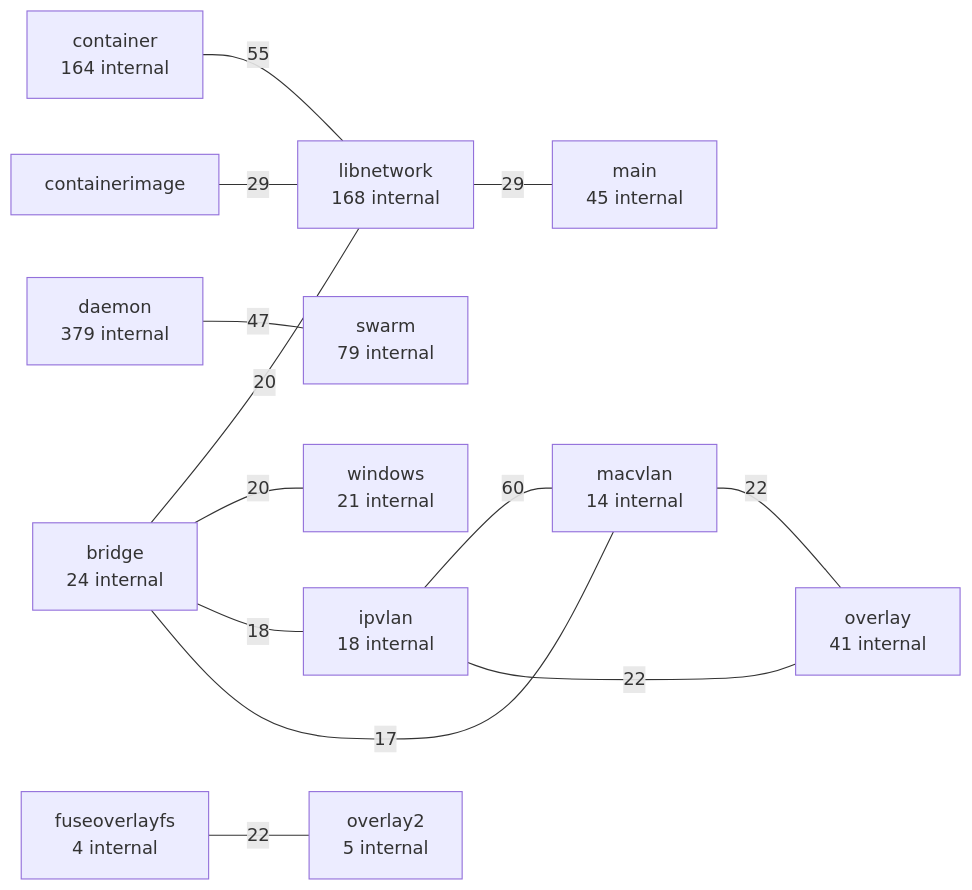
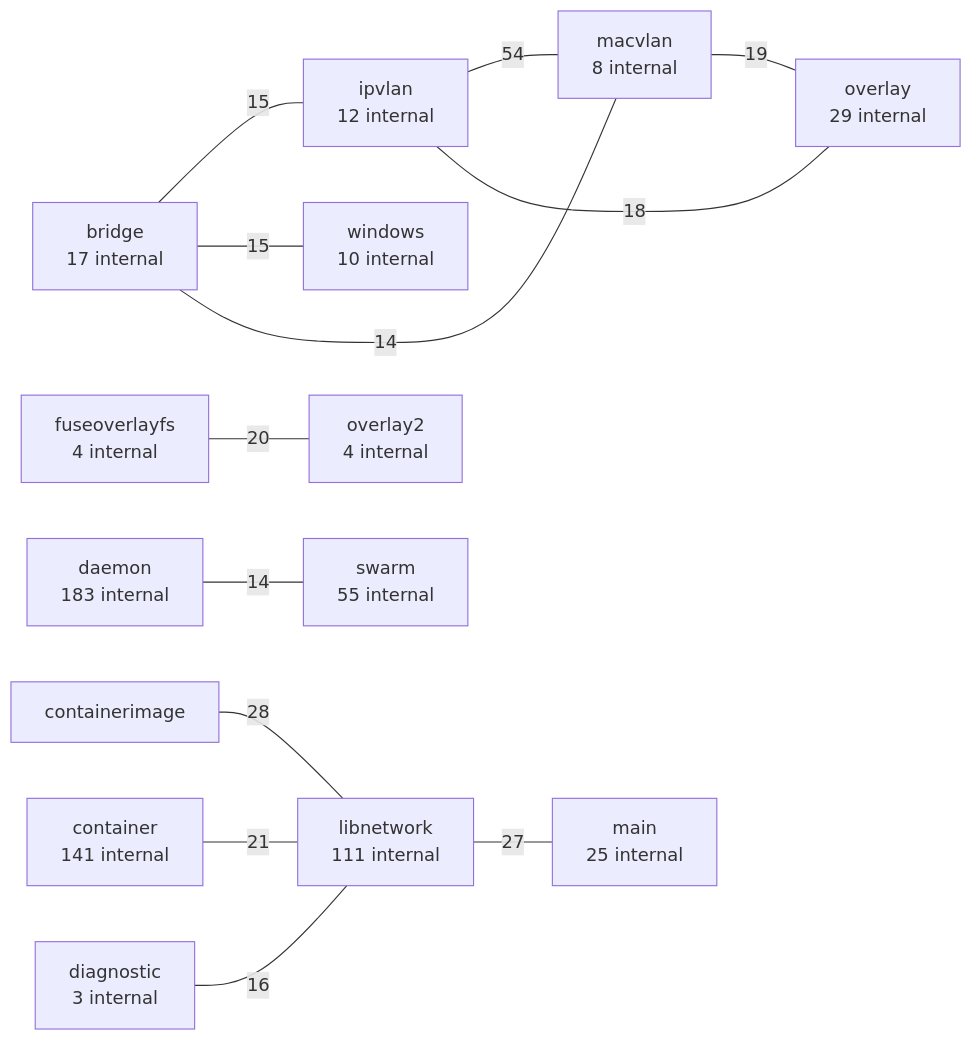
One commit to LukasSelin/doppel changed the second of 7 diagrams in examples/moby.md. Above: the diagram before and after it, drawn with Mermaid. The commit also changed other lines of this file and 36 other files, not shown here.

````diff
--- a/examples/moby.md
+++ b/examples/moby.md
@@ -125,28 +125,29 @@
 ```mermaid
 flowchart LR
-    p0["ipvlan<br/>18 internal"]
-    p1["macvlan<br/>14 internal"]
-    p0 ---|"60"| p1
-    p2["container<br/>164 internal"]
-    p3["libnetwork<br/>168 internal"]
-    p2 ---|"55"| p3
-    p4["daemon<br/>379 internal"]
-    p5["swarm<br/>79 internal"]
-    p4 ---|"47"| p5
-    p6["containerimage"]
-    p6 ---|"29"| p3
-    p7["main<br/>45 internal"]
-    p3 ---|"29"| p7
-    p8["fuseoverlayfs<br/>4 internal"]
-    p9["overlay2<br/>5 internal"]
-    p8 ---|"22"| p9
-    p10["overlay<br/>41 internal"]
-    p0 ---|"22"| p10
-    p1 ---|"22"| p10
-    p11["bridge<br/>24 internal"]
-    p11 ---|"20"| p3
-    p12["windows<br/>21 internal"]
-    p11 ---|"20"| p12
-    p11 ---|"18"| p0
-    p11 ---|"17"| p1
+    p0["ipvlan<br/>12 internal"]
+    p1["macvlan<br/>8 internal"]
+    p0 ---|"54"| p1
+    p2["containerimage"]
+    p3["libnetwork<br/>111 internal"]
+    p2 ---|"28"| p3
+    p4["main<br/>25 internal"]
+    p3 ---|"27"| p4
+    p5["container<br/>141 internal"]
+    p5 ---|"21"| p3
+    p6["fuseoverlayfs<br/>4 internal"]
+    p7["overlay2<br/>4 internal"]
+    p6 ---|"20"| p7
+    p8["overlay<br/>29 internal"]
+    p1 ---|"19"| p8
+    p0 ---|"18"| p8
+    p9["diagnostic<br/>3 internal"]
+    p9 ---|"16"| p3
+    p10["bridge<br/>17 internal"]
+    p10 ---|"15"| p0
+    p11["windows<br/>10 internal"]
+    p10 ---|"15"| p11
+    p10 ---|"14"| p1
+    p12["daemon<br/>183 internal"]
+    p13["swarm<br/>55 internal"]
+    p12 ---|"14"| p13
 ```
````
